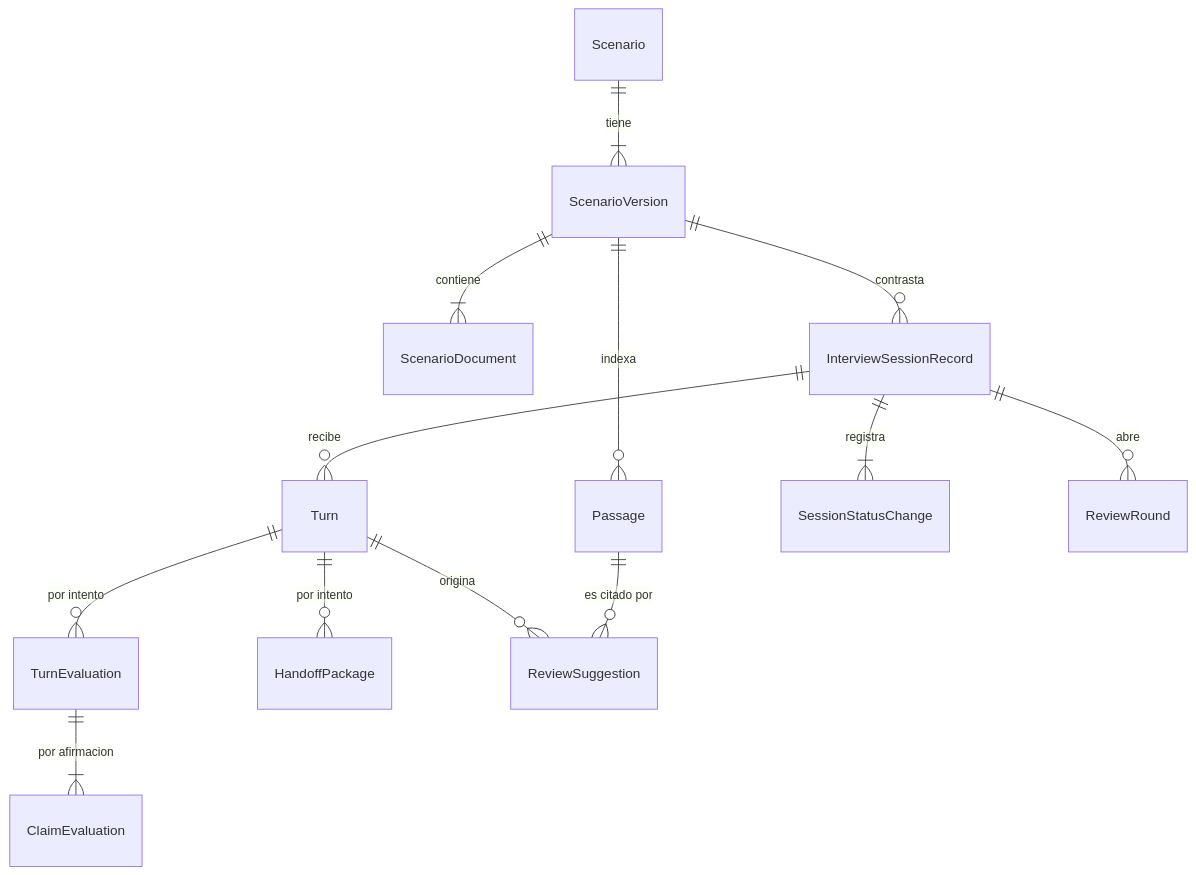
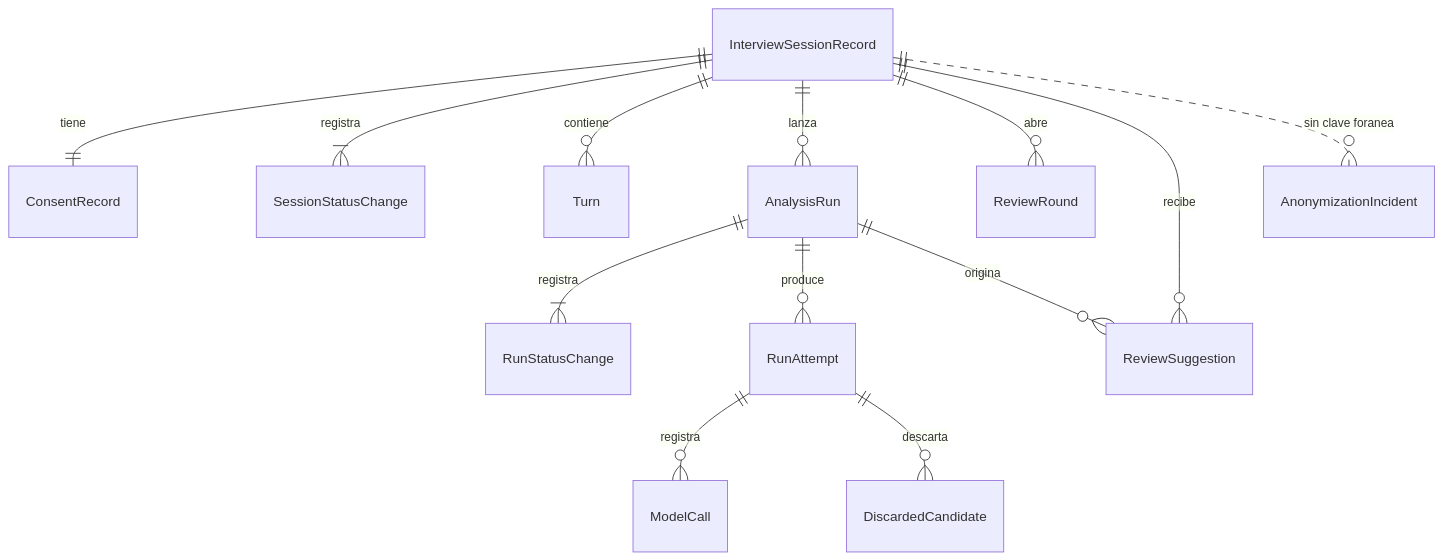
The third of 3 diagrams in aidlc/spaces/default/intents/261002-veridicus-mvp/construction/text-flow/functional-design/functional-spec.md (freyesJaveriana/tai), drawn with Mermaid before and after one commit. The commit also changed other lines of this file and 8 other files, not shown here.

````diff
--- a/aidlc/spaces/default/intents/261002-veridicus-mvp/construction/text-flow/functional-design/functional-spec.md
+++ b/aidlc/spaces/default/intents/261002-veridicus-mvp/construction/text-flow/functional-design/functional-spec.md
@@ -212,15 +343,15 @@
 ```mermaid
 erDiagram
-  Scenario ||--|{ ScenarioVersion : "tiene"
-  ScenarioVersion ||--|{ ScenarioDocument : "contiene"
-  ScenarioVersion ||--o{ Passage : "indexa"
-  ScenarioVersion ||--o{ InterviewSessionRecord : "contrasta"
-  InterviewSessionRecord ||--o{ Turn : "recibe"
-  InterviewSessionRecord ||--|{ SessionStatusChange : "registra"
-  Turn ||--o{ TurnEvaluation : "por intento"
-  TurnEvaluation ||--|{ ClaimEvaluation : "por afirmacion"
-  Turn ||--o{ HandoffPackage : "por intento"
-  Turn ||--o{ ReviewSuggestion : "origina"
-  Passage ||--o{ ReviewSuggestion : "es citado por"
-  InterviewSessionRecord ||--o{ ReviewRound : "abre"
+    InterviewSessionRecord ||--|| ConsentRecord : tiene
+    InterviewSessionRecord ||--|{ SessionStatusChange : registra
+    InterviewSessionRecord ||--o{ Turn : contiene
+    InterviewSessionRecord ||--o{ AnalysisRun : lanza
+    AnalysisRun ||--|{ RunStatusChange : registra
+    AnalysisRun ||--o{ RunAttempt : produce
+    RunAttempt ||--o{ ModelCall : registra
+    RunAttempt ||--o{ DiscardedCandidate : descarta
+    InterviewSessionRecord ||--o{ ReviewRound : abre
+    InterviewSessionRecord ||--o{ ReviewSuggestion : recibe
+    AnalysisRun ||--o{ ReviewSuggestion : origina
+    InterviewSessionRecord ||..o{ AnonymizationIncident : "sin clave foranea"
 ```
````
